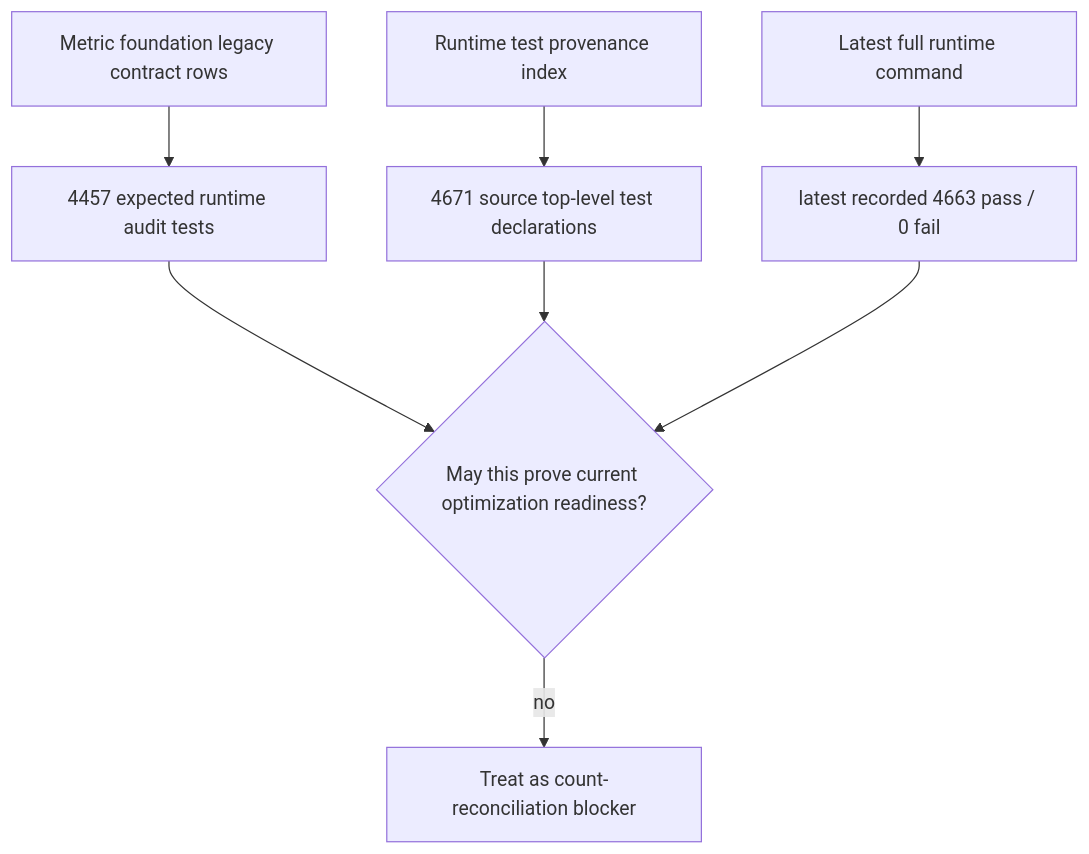
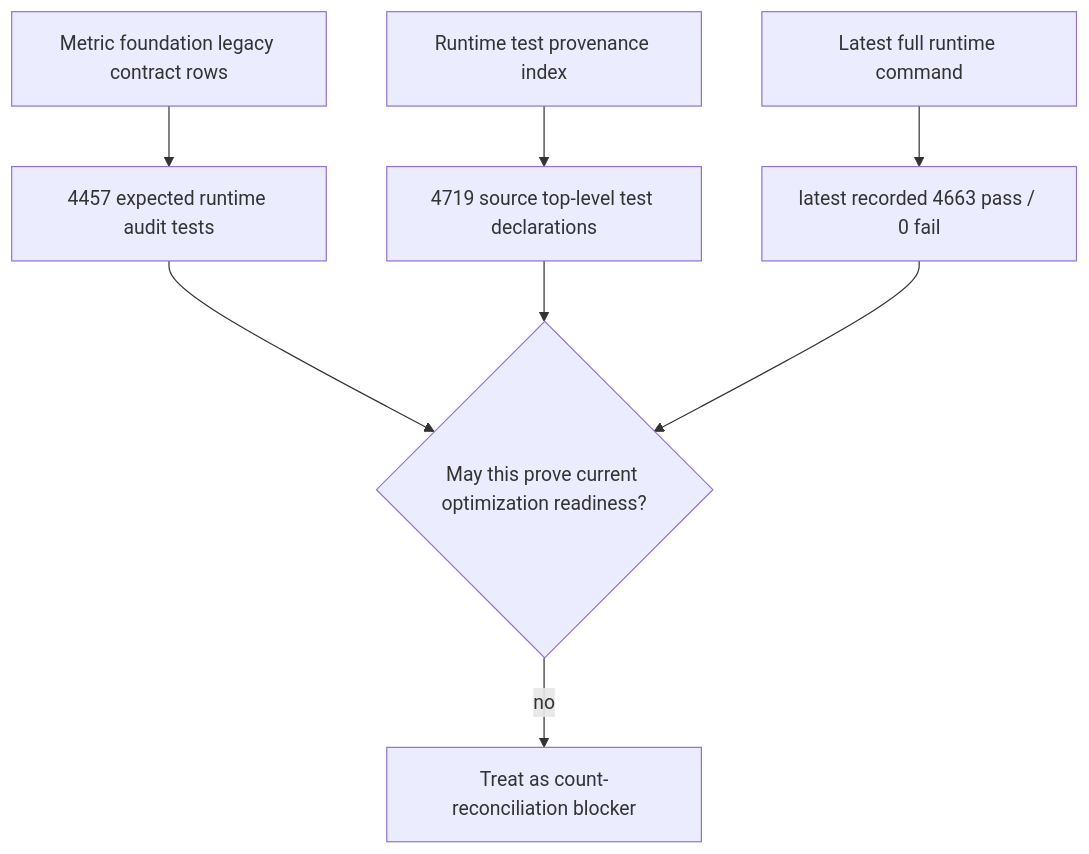
Before and after one commit to varshneydevansh/FilterTube: the diagram in docs/audit/FILTERTUBE_FIRST_OPTIMIZATION_METRIC_FOUNDATION_CONTRACT_COVERAGE_GATE_CURRENT_BEHAVIOR_2026-05-24.md, drawn with Mermaid. The commit also changed other lines of this file and 15 other files, not shown here.

Commit message:
test: refresh runtime ledger declaration pins

````diff
--- a/docs/audit/FILTERTUBE_FIRST_OPTIMIZATION_METRIC_FOUNDATION_CONTRACT_COVERAGE_GATE_CURRENT_BEHAVIOR_2026-05-24.md
+++ b/docs/audit/FILTERTUBE_FIRST_OPTIMIZATION_METRIC_FOUNDATION_CONTRACT_COVERAGE_GATE_CURRENT_BEHAVIOR_2026-05-24.md
@@ -180,10 +183,10 @@
 ```mermaid
 flowchart TD
   A["Metric foundation legacy contract rows"] --> B["4457 expected runtime audit tests"]
-  C["Runtime test provenance index"] --> D["4671 source top-level test declarations"]
+  C["Runtime test provenance index"] --> D["4719 source top-level test declarations"]
   E["Latest full runtime command"] --> F["latest recorded 4663 pass / 0 fail"]
   B --> G{"May this prove current optimization readiness?"}
   D --> G
   F --> G
   G -->|"no"| H["Treat as count-reconciliation blocker"]
 ```
````
